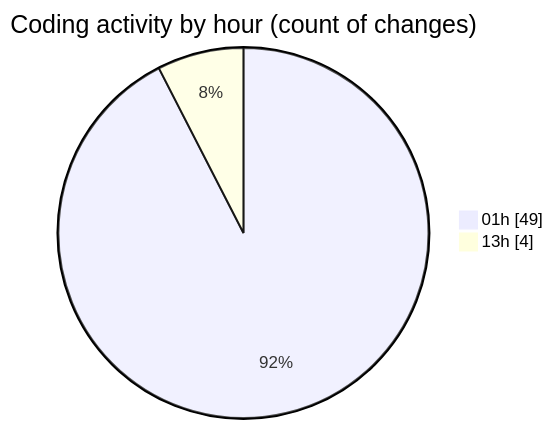
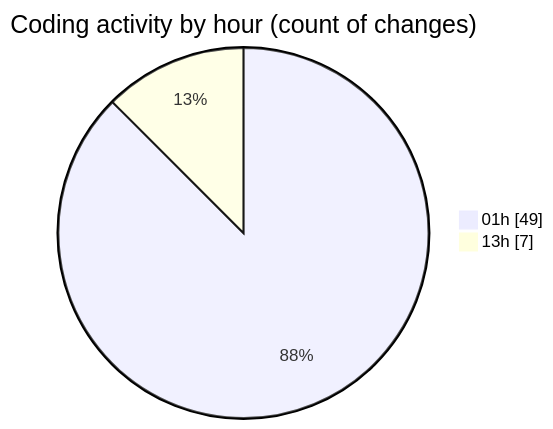
Before and after one commit to lephambinh05/code-tracking: the second of 2 diagrams in 2025-09-02/quanlylink/README.md, drawn with Mermaid. The commit also changed other lines of this file and 1 other file, not shown here.

````diff
--- a/2025-09-02/quanlylink/README.md
+++ b/2025-09-02/quanlylink/README.md
@@ -54,6 +55,6 @@
 ```mermaid
 pie showData
 title Coding activity by hour (count of changes)
 "01h" : 49
-"13h" : 4
+"13h" : 7
 ```
````
